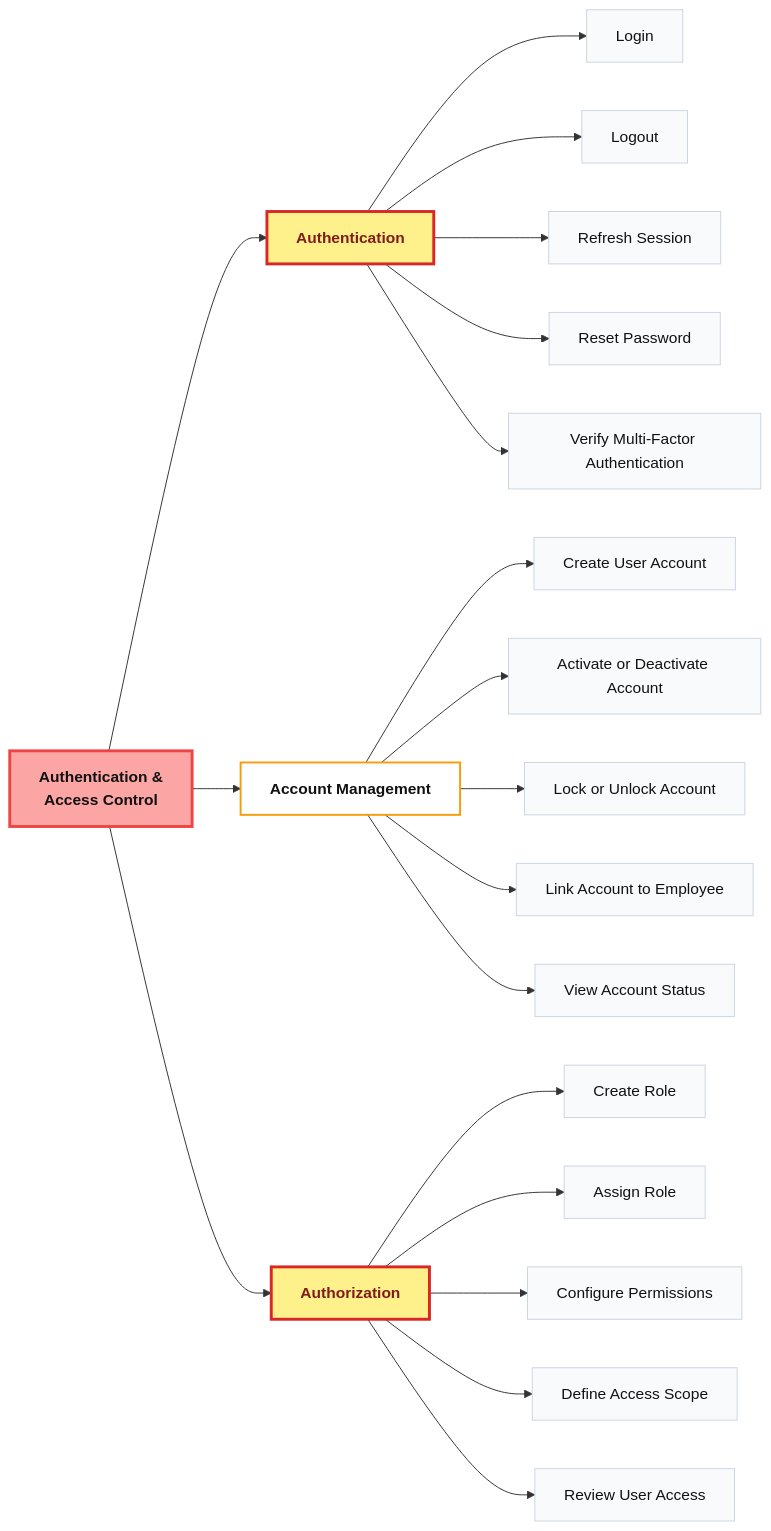
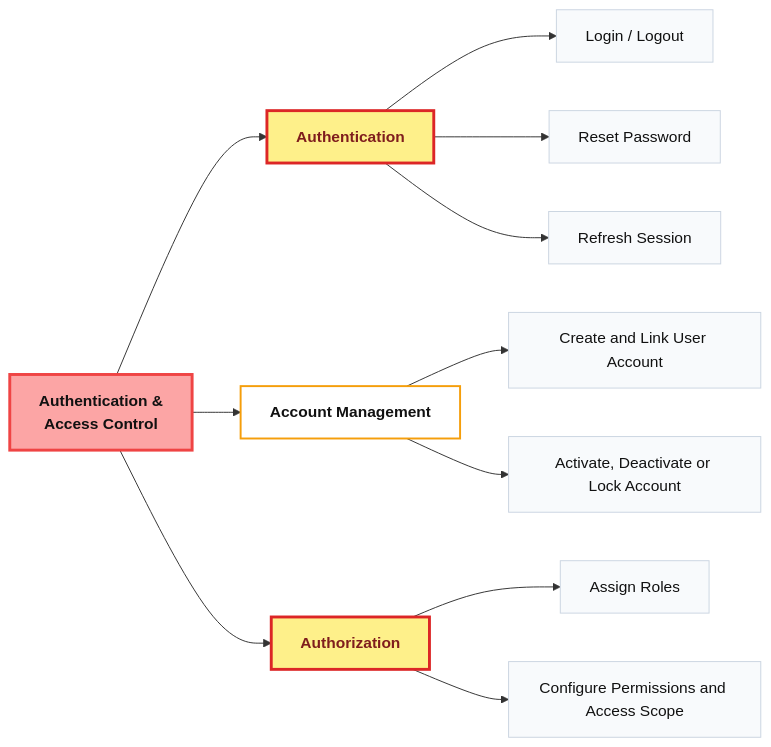
The second of 10 diagrams in README.md (Hagiakhanh/HR-Workforce-Management), drawn with Mermaid before and after one commit. The commit also changed other lines of this file, not shown here.

Commit message:
list all usecase

````diff
--- a/README.md
+++ b/README.md
@@ -78,36 +80,28 @@
 ```mermaid
 flowchart LR
     classDef module fill:#fca5a5,stroke:#ef4444,stroke-width:3px,color:#111,font-weight:bold;
     classDef feature fill:#ffffff,stroke:#f59e0b,stroke-width:2px,color:#111,font-weight:bold;
     classDef important fill:#fef08a,stroke:#dc2626,stroke-width:3px,color:#7f1d1d,font-weight:bold;
     classDef usecase fill:#f8fafc,stroke:#cbd5e1,color:#111;
 
     AUTH["Authentication &<br/>Access Control"]
 
     AUTH --> LOGIN["Authentication"]
     AUTH --> ACCOUNT["Account Management"]
     AUTH --> ACCESS["Authorization"]
 
-    LOGIN --> L1["Login"]
-    LOGIN --> L2["Logout"]
+    LOGIN --> L1["Login / Logout"]
+    LOGIN --> L2["Reset Password"]
     LOGIN --> L3["Refresh Session"]
-    LOGIN --> L4["Reset Password"]
-    LOGIN --> L5["Verify Multi-Factor Authentication"]
 
-    ACCOUNT --> AC1["Create User Account"]
-    ACCOUNT --> AC2["Activate or Deactivate Account"]
-    ACCOUNT --> AC3["Lock or Unlock Account"]
-    ACCOUNT --> AC4["Link Account to Employee"]
-    ACCOUNT --> AC5["View Account Status"]
+    ACCOUNT --> AC1["Create and Link User Account"]
+    ACCOUNT --> AC2["Activate, Deactivate or Lock Account"]
 
-    ACCESS --> AU1["Create Role"]
-    ACCESS --> AU2["Assign Role"]
-    ACCESS --> AU3["Configure Permissions"]
-    ACCESS --> AU4["Define Access Scope"]
-    ACCESS --> AU5["Review User Access"]
+    ACCESS --> AU1["Assign Roles"]
+    ACCESS --> AU2["Configure Permissions and Access Scope"]
 
     class AUTH module;
     class LOGIN,ACCOUNT,ACCESS feature;
     class LOGIN,ACCESS important;
-    class L1,L2,L3,L4,L5,AC1,AC2,AC3,AC4,AC5,AU1,AU2,AU3,AU4,AU5 usecase;
+    class L1,L2,L3,AC1,AC2,AU1,AU2 usecase;
 ```
````
